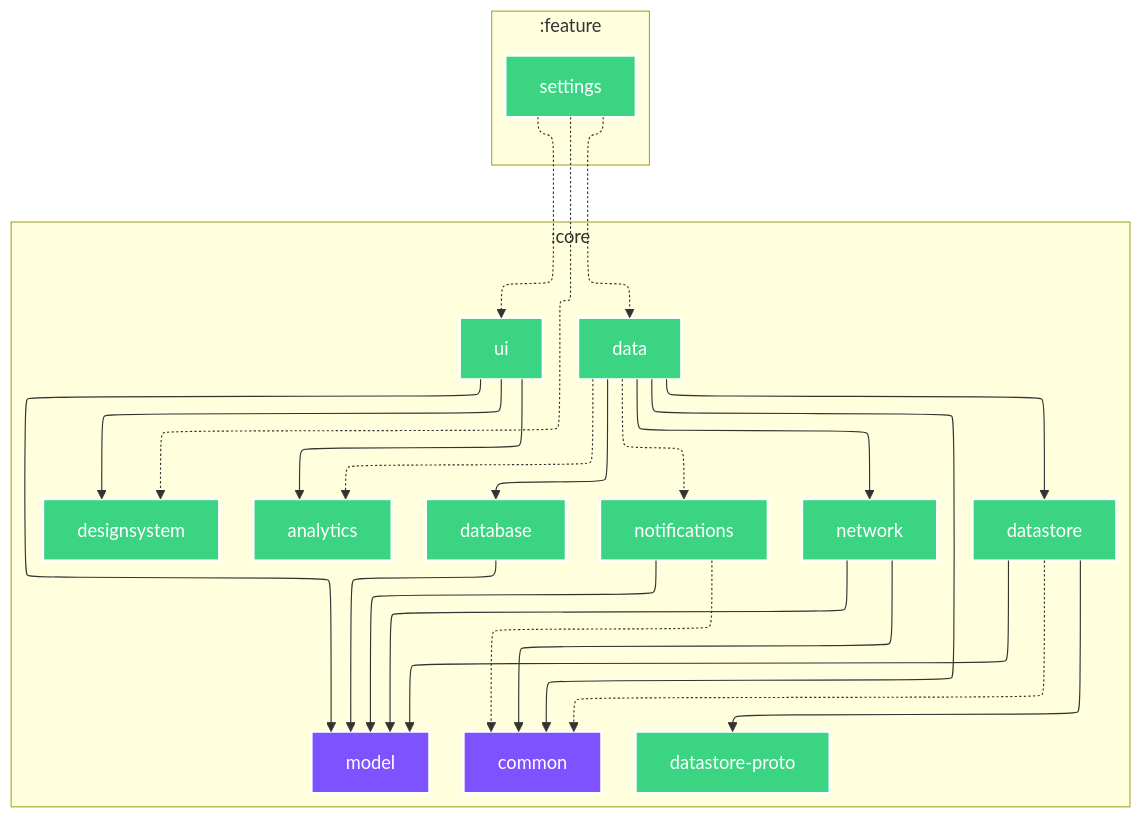
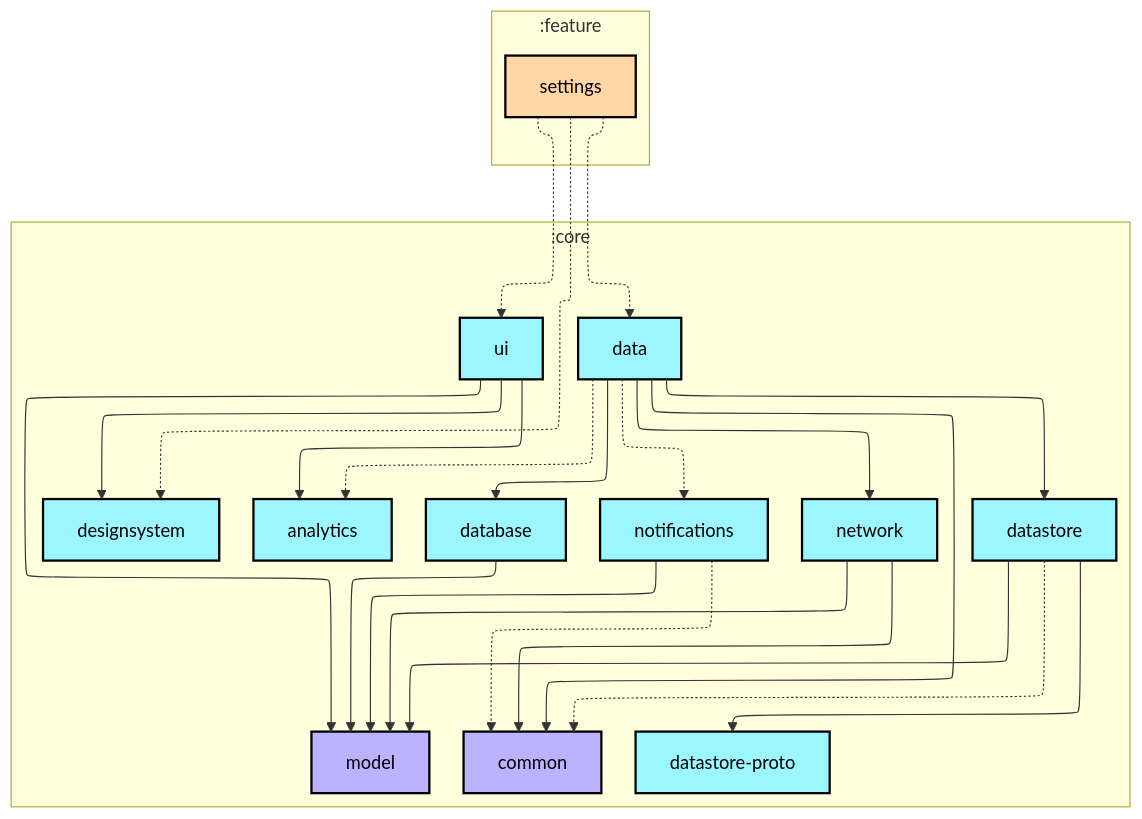
One commit to android/nowinandroid changed the diagram in feature/settings/README.md. Above: the diagram before and after it, drawn with Mermaid. The commit also changed other lines of this file and 28 other files, not shown here.

````diff
--- a/feature/settings/README.md
+++ b/feature/settings/README.md
@@ -4,54 +6,55 @@
 ```mermaid
 ---
 config:
   layout: elk
   elk:
     nodePlacementStrategy: SIMPLE
 ---
 graph TB
   subgraph :core
     direction TB
     :core:analytics[analytics]:::android-library
-    :core:common[common]:::jvm
+    :core:common[common]:::jvm-library
     :core:data[data]:::android-library
     :core:database[database]:::android-library
     :core:datastore[datastore]:::android-library
     :core:datastore-proto[datastore-proto]:::android-library
     :core:designsystem[designsystem]:::android-library
-    :core:model[model]:::jvm
+    :core:model[model]:::jvm-library
     :core:network[network]:::android-library
     :core:notifications[notifications]:::android-library
     :core:ui[ui]:::android-library
   end
   subgraph :feature
     direction TB
-    :feature:settings[settings]:::android-library
+    :feature:settings[settings]:::android-feature
   end
 
   :core:data -.-> :core:analytics
   :core:data ---> :core:common
   :core:data ---> :core:database
   :core:data ---> :core:datastore
   :core:data ---> :core:network
   :core:data -.-> :core:notifications
   :core:database ---> :core:model
   :core:datastore -.-> :core:common
   :core:datastore ---> :core:datastore-proto
   :core:datastore ---> :core:model
   :core:network ---> :core:common
   :core:network ---> :core:model
   :core:notifications -.-> :core:common
   :core:notifications ---> :core:model
   :core:ui ---> :core:analytics
   :core:ui ---> :core:designsystem
   :core:ui ---> :core:model
   :feature:settings -.-> :core:data
   :feature:settings -.-> :core:designsystem
   :feature:settings -.-> :core:ui
 
-classDef android-application fill:#7F52FF,stroke:#fff,stroke-width:2px,color:#fff;
-classDef android-library fill:#3BD482,stroke:#fff,stroke-width:2px,color:#fff;
-classDef android-test fill:#3BD482,stroke:#fff,stroke-width:2px,color:#fff;
-classDef jvm fill:#7F52FF,stroke:#fff,stroke-width:2px,color:#fff;
-classDef unknown fill:#FF0000,stroke:#fff,stroke-width:2px,color:#fff;
+classDef android-application fill:#CAFFBF,stroke:#000,stroke-width:2px,color:#000;
+classDef android-feature fill:#FFD6A5,stroke:#000,stroke-width:2px,color:#000;
+classDef android-library fill:#9BF6FF,stroke:#000,stroke-width:2px,color:#000;
+classDef android-test fill:#A0C4FF,stroke:#000,stroke-width:2px,color:#000;
+classDef jvm-library fill:#BDB2FF,stroke:#000,stroke-width:2px,color:#000;
+classDef unknown fill:#FFADAD,stroke:#000,stroke-width:2px,color:#000;
 ```
````
